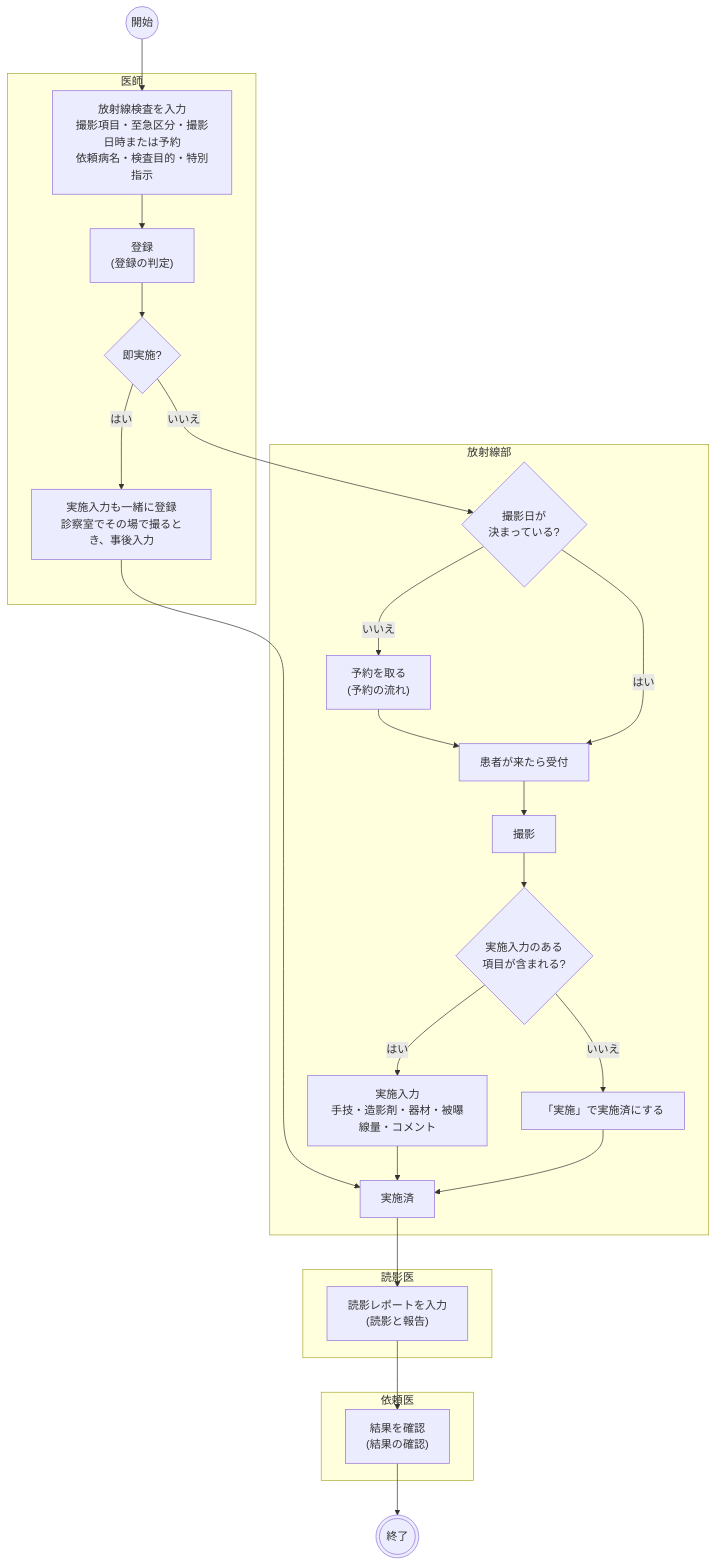
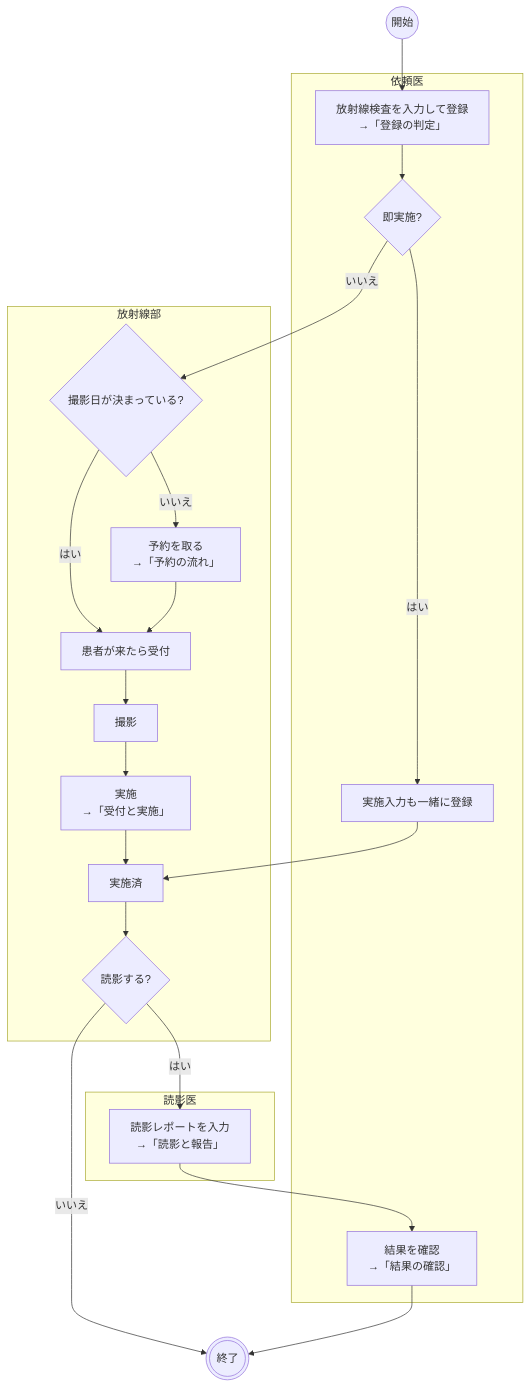
One commit to ysnr-dev/fhir-client-docs changed the first of 6 diagrams in docs/flows/rad.md. Above: the diagram before and after it, drawn with Mermaid. The commit also changed other lines of this file and 43 other files, not shown here.

Commit message:
docs: 業務フローとシーケンス図を写し直し

````diff
--- a/docs/flows/rad.md
+++ b/docs/flows/rad.md
@@ -46,41 +12,35 @@
 ```mermaid
 flowchart TD
   start(("開始"))
   finish((("終了")))
 
-  subgraph doctor["医師"]
-    input["放射線検査を入力<br/>撮影項目・至急区分・撮影日時または予約<br/>依頼病名・検査目的・特別指示"]
-    register["登録<br/>(登録の判定)"]
+  subgraph doctor["依頼医"]
+    input["放射線検査を入力して登録<br/>→「登録の判定」"]
     now{"即実施?"}
-    nowPerform["実施入力も一緒に登録<br/>診察室でその場で撮るとき、事後入力"]
+    nowPerform["実施入力も一緒に登録"]
+    confirm["結果を確認<br/>→「結果の確認」"]
   end
 
   subgraph dept["放射線部"]
-    dated{"撮影日が<br/>決まっている?"}
-    book["予約を取る<br/>(予約の流れ)"]
+    dated{"撮影日が決まっている?"}
+    book["予約を取る<br/>→「予約の流れ」"]
     accept["患者が来たら受付"]
     shoot["撮影"]
-    needInput{"実施入力のある<br/>項目が含まれる?"}
-    perform["実施入力<br/>手技・造影剤・器材・被曝線量・コメント"]
-    complete["「実施」で実施済にする"]
+    perform["実施<br/>→「受付と実施」"]
     done["実施済"]
+    read{"読影する?"}
   end
 
   subgraph reading["読影医"]
-    report["読影レポートを入力<br/>(読影と報告)"]
+    report["読影レポートを入力<br/>→「読影と報告」"]
   end
 
-  subgraph review["依頼医"]
-    confirm["結果を確認<br/>(結果の確認)"]
-  end
-
-  start --> input --> register --> now
+  start --> input --> now
   now -- "はい" --> nowPerform --> done
   now -- "いいえ" --> dated
   dated -- "いいえ" --> book --> accept
   dated -- "はい" --> accept
-  accept --> shoot --> needInput
-  needInput -- "はい" --> perform --> done
-  needInput -- "いいえ" --> complete --> done
-  done --> report --> confirm --> finish
+  accept --> shoot --> perform --> done --> read
+  read -- "はい" --> report --> confirm --> finish
+  read -- "いいえ" --> finish
 ```
````
